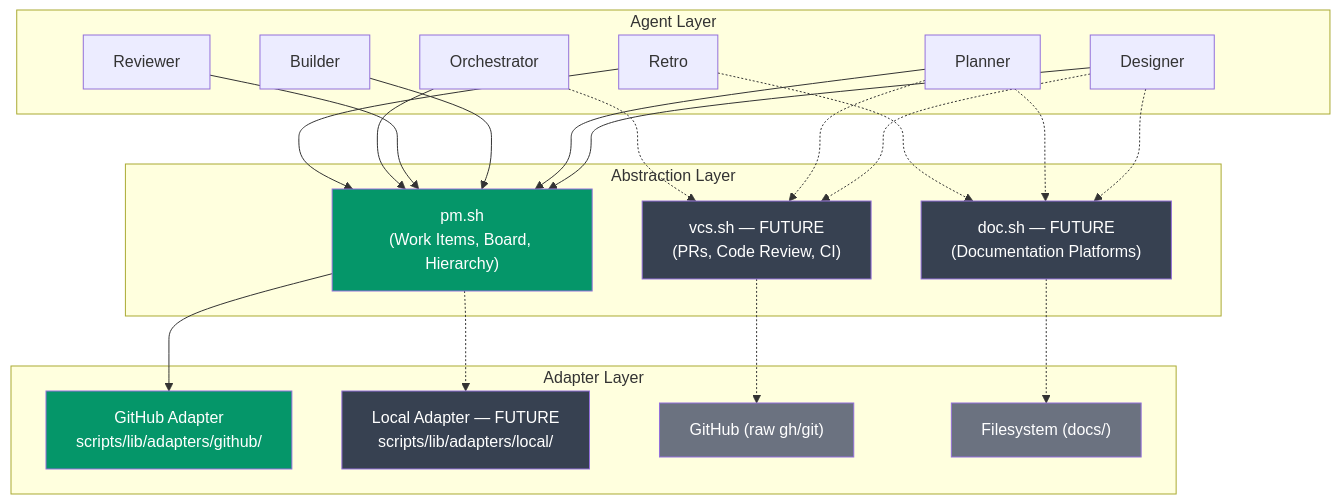
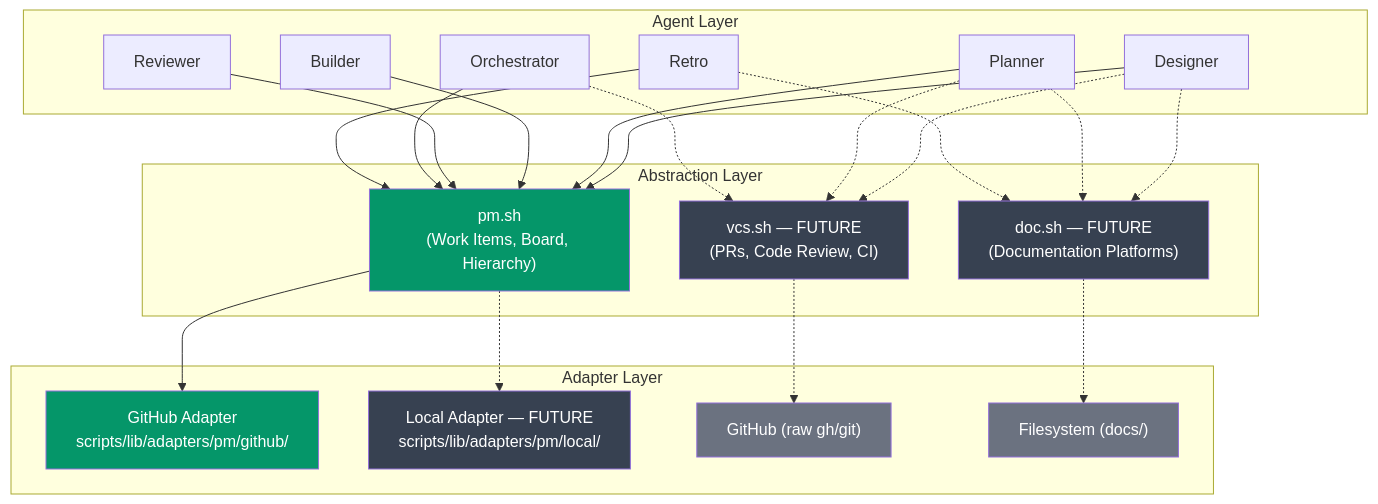
The first of 4 diagrams in docs/2-design/2026-03-18-pm-abstraction-layer.md (carlosboeing/agentic-sdlc-workflow), drawn with Mermaid before and after one commit. The commit also changed other lines of this file, not shown here.

First line of the commit message:
docs(design): namespace adapter folders as pm/github/ for future extensibility

````diff
--- a/docs/2-design/2026-03-18-pm-abstraction-layer.md
+++ b/docs/2-design/2026-03-18-pm-abstraction-layer.md
@@ -37,52 +37,52 @@
 ```mermaid
 graph TB
     subgraph "Agent Layer"
         D[Designer]
         P[Planner]
         B[Builder]
         R[Reviewer]
         O[Orchestrator]
         T[Retro]
     end
 
     subgraph "Abstraction Layer"
         PM["pm.sh<br/>(Work Items, Board, Hierarchy)"]
         VCS["vcs.sh — FUTURE<br/>(PRs, Code Review, CI)"]
         DOC["doc.sh — FUTURE<br/>(Documentation Platforms)"]
     end
 
     subgraph "Adapter Layer"
-        GH_PM["GitHub Adapter<br/>scripts/lib/adapters/github/"]
-        LOCAL_PM["Local Adapter — FUTURE<br/>scripts/lib/adapters/local/"]
+        GH_PM["GitHub Adapter<br/>scripts/lib/adapters/pm/github/"]
+        LOCAL_PM["Local Adapter — FUTURE<br/>scripts/lib/adapters/pm/local/"]
         GH_VCS["GitHub (raw gh/git)"]
         FS_DOC["Filesystem (docs/)"]
     end
 
     D --> PM
     P --> PM
     B --> PM
     R --> PM
     O --> PM
     T --> PM
 
     D -.-> VCS
     P -.-> VCS
     O -.-> VCS
 
     D -.-> DOC
     P -.-> DOC
     T -.-> DOC
 
     PM --> GH_PM
     PM -.-> LOCAL_PM
     VCS -.-> GH_VCS
     DOC -.-> FS_DOC
 
     style PM fill:#059669,color:#fff
     style VCS fill:#374151,color:#fff
     style DOC fill:#374151,color:#fff
     style GH_PM fill:#059669,color:#fff
     style LOCAL_PM fill:#374151,color:#fff
     style GH_VCS fill:#6b7280,color:#fff
     style FS_DOC fill:#6b7280,color:#fff
 ```
````
